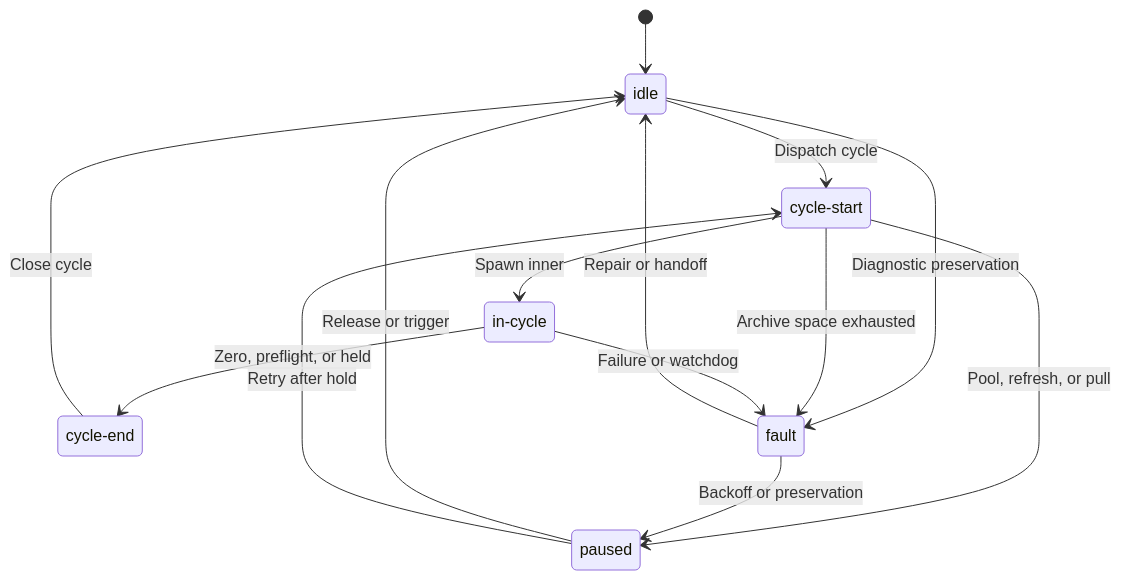
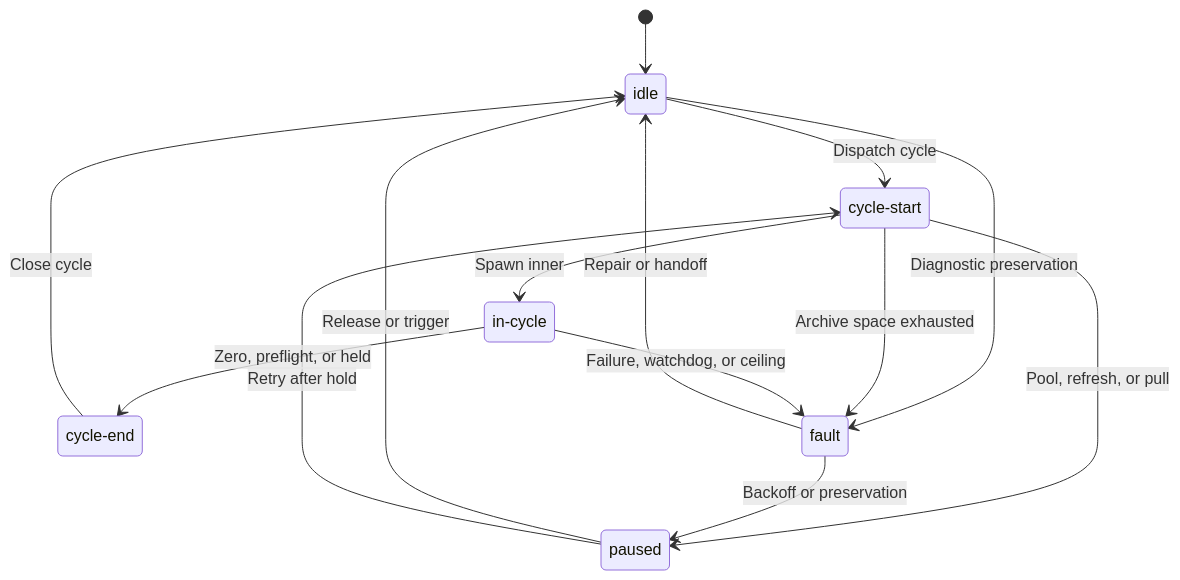
Before and after one commit to alissonsol/yuruna: the first of 8 diagrams in docs/design/04-lifecycle-state.md, drawn with Mermaid. The commit also changed other lines of this file and 1313 other files, not shown here.

````diff
--- a/docs/design/04-lifecycle-state.md
+++ b/docs/design/04-lifecycle-state.md
@@ -11,22 +11,22 @@
 ```mermaid
 stateDiagram-v2
     state "idle" as idle
     state "cycle-start" as cycle_start
     state "in-cycle" as in_cycle
     state "cycle-end" as cycle_end
     state "fault" as fault
     state "paused" as paused
     [*] --> idle
     idle --> cycle_start: Dispatch cycle
     idle --> fault: Diagnostic preservation
     cycle_start --> in_cycle: Spawn inner
     cycle_start --> fault: Archive space exhausted
     cycle_start --> paused: Pool, refresh, or pull
     in_cycle --> cycle_end: Zero, preflight, or held
-    in_cycle --> fault: Failure or watchdog
+    in_cycle --> fault: Failure, watchdog, or ceiling
     cycle_end --> idle: Close cycle
     fault --> paused: Backoff or preservation
     fault --> idle: Repair or handoff
     paused --> idle: Release or trigger
     paused --> cycle_start: Retry after hold
 ```
````
